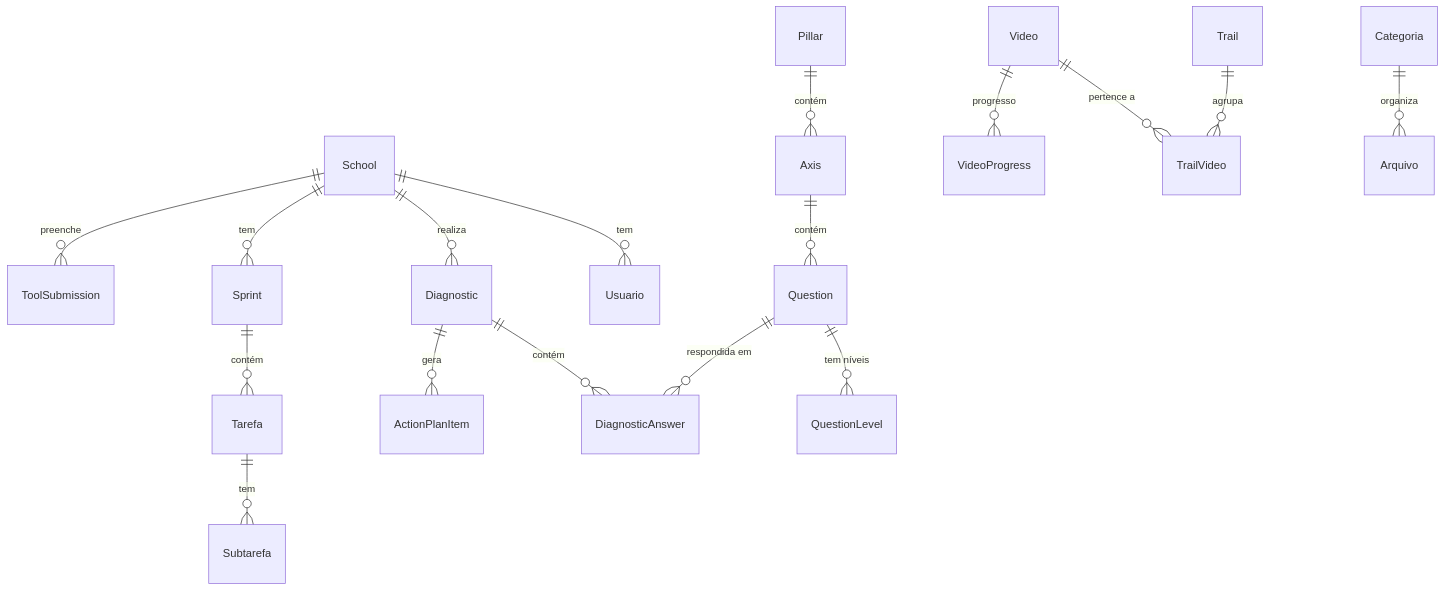
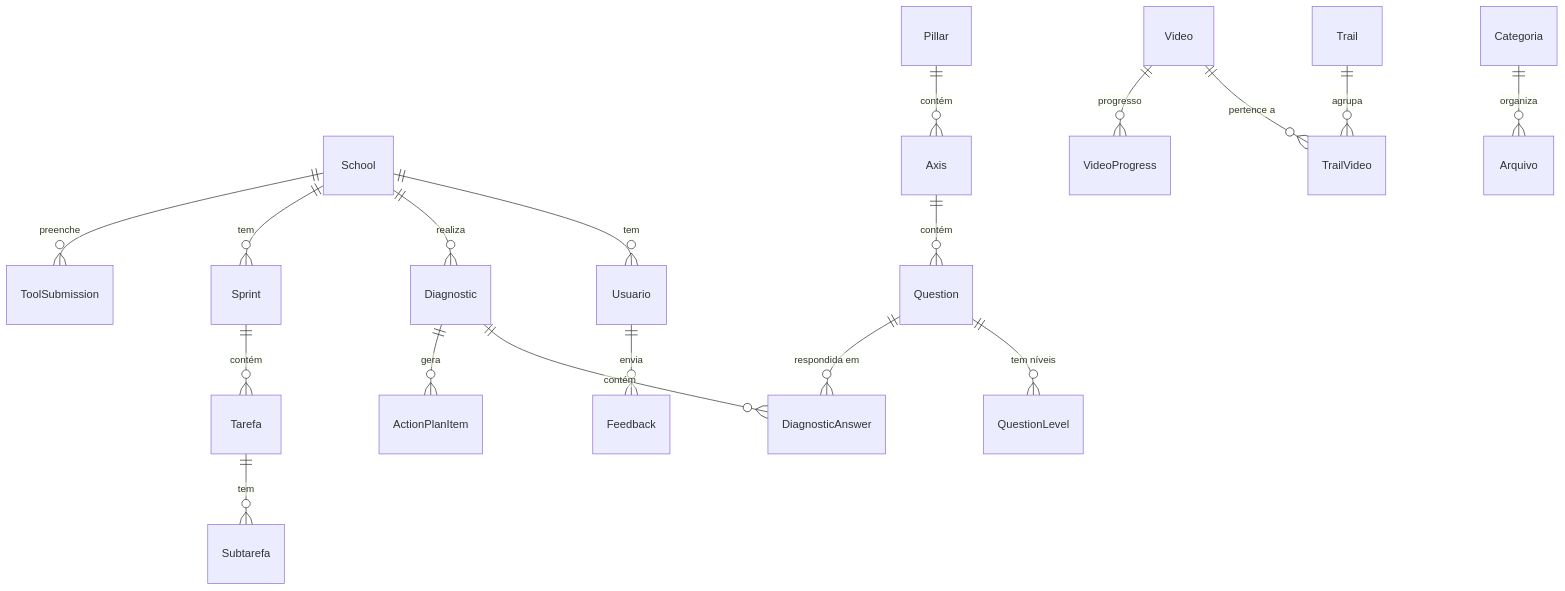
The diagram in docs/arquitetura/banco-de-dados.md (ZagoConsultoria/claraval-docs), drawn with Mermaid before and after one commit. The commit also changed other lines of this file and 4 other files, not shown here.

````diff
--- a/docs/arquitetura/banco-de-dados.md
+++ b/docs/arquitetura/banco-de-dados.md
@@ -91,24 +92,26 @@
 ```mermaid
 erDiagram
     School ||--o{ Usuario : "tem"
     School ||--o{ Diagnostic : "realiza"
     School ||--o{ Sprint : "tem"
     School ||--o{ ToolSubmission : "preenche"
 
     Diagnostic ||--o{ DiagnosticAnswer : "contém"
     Diagnostic ||--o{ ActionPlanItem : "gera"
 
     Pillar ||--o{ Axis : "contém"
     Axis ||--o{ Question : "contém"
     Question ||--o{ QuestionLevel : "tem níveis"
     Question ||--o{ DiagnosticAnswer : "respondida em"
 
     Trail ||--o{ TrailVideo : "agrupa"
     Video ||--o{ TrailVideo : "pertence a"
     Video ||--o{ VideoProgress : "progresso"
 
     Sprint ||--o{ Tarefa : "contém"
     Tarefa ||--o{ Subtarefa : "tem"
 
     Categoria ||--o{ Arquivo : "organiza"
+
+    Usuario ||--o{ Feedback : "envia"
 ```
````
